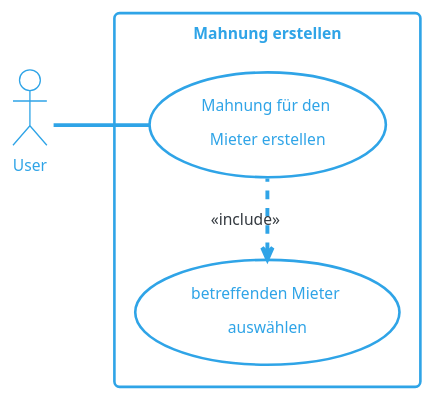
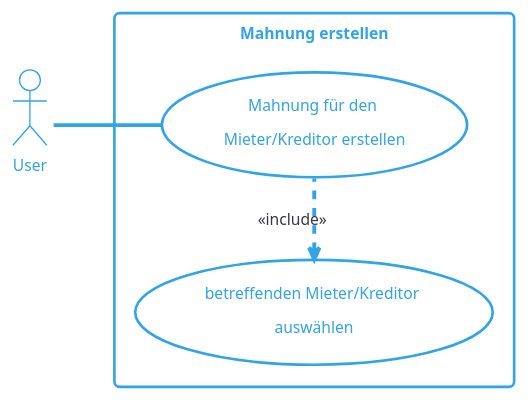
One commit to sirtheta/ImmoGlobal_Semesterarbeit changed the diagram in docs/content/diagrams/usecase/mahnungGenerieren.wsd. Above: the diagram before and after it, drawn with PlantUML. The commit also changed 12 other files, not shown here.

```diff
--- a/docs/content/diagrams/usecase/mahnungGenerieren.wsd
+++ b/docs/content/diagrams/usecase/mahnungGenerieren.wsd
@@ -1,13 +1,13 @@
 @startuml MahnungErstellen
 !theme cerulean-outline
 
 left to right direction
 actor "User" as fc
 rectangle "Mahnung erstellen" {
-  usecase "Mahnung für den \nMieter erstellen" as UC1
-  usecase "betreffenden Mieter \nauswählen"as inc1
+  usecase "Mahnung für den \nMieter/Kreditor erstellen" as UC1
+  usecase "betreffenden Mieter/Kreditor \nauswählen"as inc1
 
 } 
 fc -- UC1
 UC1 .left.> inc1 : <<include>>
 @enduml
```
